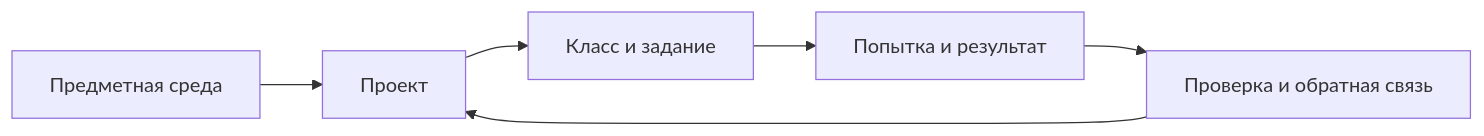
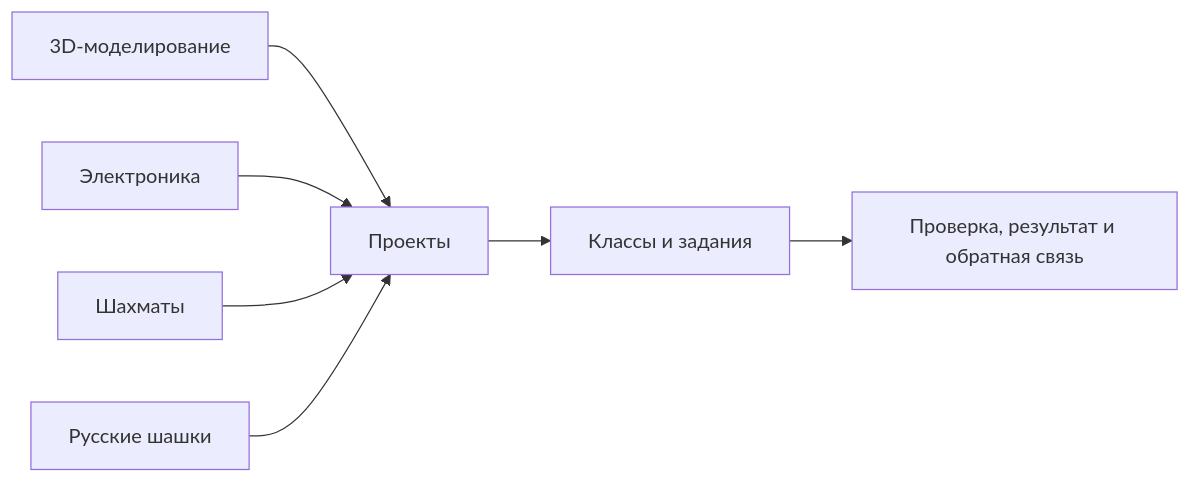
Before and after one commit to spikeal8-maker/asa-lab: the diagram in README.md, drawn with Mermaid. The commit also changed other lines of this file and 1 other file, not shown here.

````diff
--- a/README.md
+++ b/README.md
@@ -139,8 +119,9 @@
 ```mermaid
 flowchart LR
-  S["Предметная среда"] --> P["Проект"]
-  P --> A["Класс и задание"]
-  A --> E["Попытка и результат"]
-  E --> F["Проверка и обратная связь"]
-  F --> P
+  D3["3D-моделирование"] --> P["Проекты"]
+  E["Электроника"] --> P
+  C["Шахматы"] --> P
+  K["Русские шашки"] --> P
+  P --> A["Классы и задания"]
+  A --> R["Проверка, результат и обратная связь"]
 ```
````
